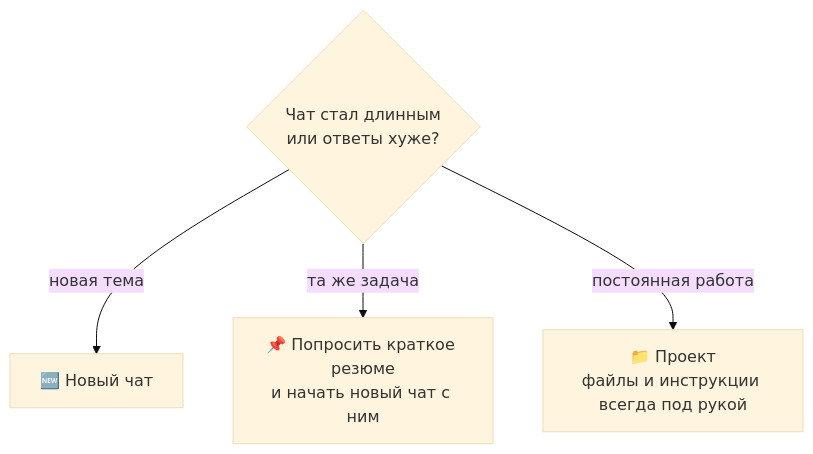
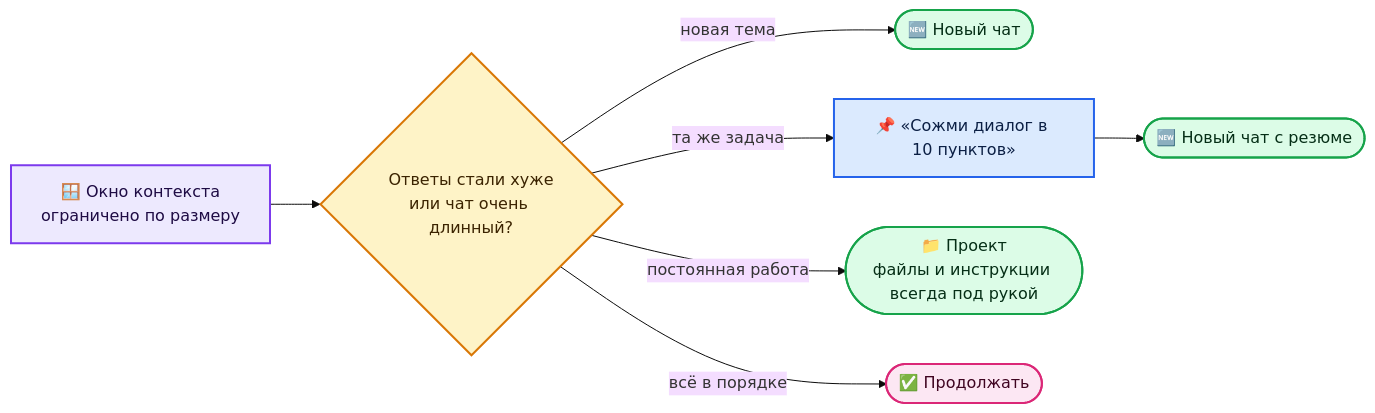
One commit to justxor/ChatGPT_ru changed the third of 13 diagrams in README.md. Above: the diagram before and after it, drawn with Mermaid (base theme). The commit also changed other lines of this file, not shown here.

Commit message:
Схемы: цветовая разметка, группы и подписи; карта «Что полезного в репозитории»

````diff
--- a/README.md
+++ b/README.md
@@ -85,6 +133,15 @@
 ```mermaid
-flowchart TB
-    Q{"Чат стал длинным<br/>или ответы хуже?"} -- "новая тема" --> N["🆕 Новый чат"]
-    Q -- "та же задача" --> S["📌 Попросить краткое резюме<br/>и начать новый чат с ним"]
-    Q -- "постоянная работа" --> P["📁 Проект<br/>файлы и инструкции всегда под рукой"]
+flowchart LR
+    W["🪟 Окно контекста<br/>ограничено по размеру"]:::ctx --> Q{"Ответы стали хуже<br/>или чат очень длинный?"}:::model
+    Q -- "новая тема" --> N(["🆕 Новый чат"]):::tool
+    Q -- "та же задача" --> S["📌 «Сожми диалог в 10 пунктов»"]:::user
+    S --> N2(["🆕 Новый чат с резюме"]):::tool
+    Q -- "постоянная работа" --> P(["📁 Проект<br/>файлы и инструкции всегда под рукой"]):::tool
+    Q -- "всё в порядке" --> K(["✅ Продолжать"]):::out
+    classDef user fill:#dbeafe,stroke:#2563eb,stroke-width:2px,color:#0b1f44
+    classDef ctx fill:#ede9fe,stroke:#7c3aed,stroke-width:2px,color:#1e0b44
+    classDef model fill:#fef3c7,stroke:#d97706,stroke-width:2px,color:#3b2300
+    classDef tool fill:#dcfce7,stroke:#16a34a,stroke-width:2px,color:#052e16
+    classDef out fill:#fce7f3,stroke:#db2777,stroke-width:2px,color:#3f0420
+    classDef warn fill:#fee2e2,stroke:#dc2626,stroke-width:2px,color:#450a0a
 ```
````
